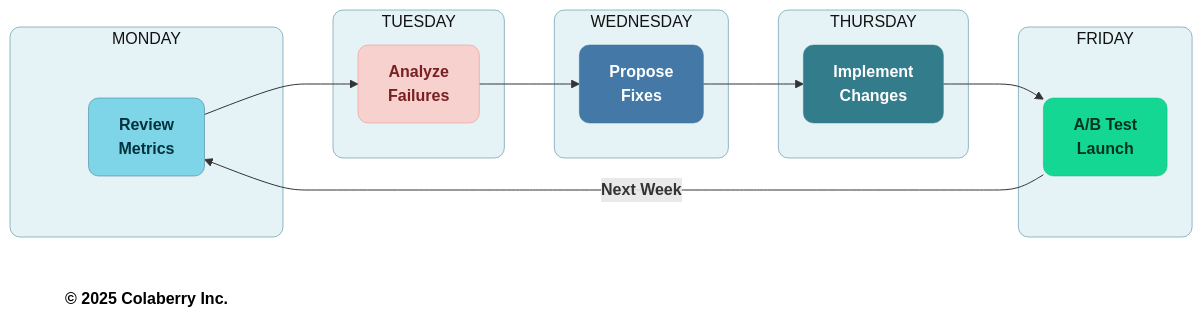
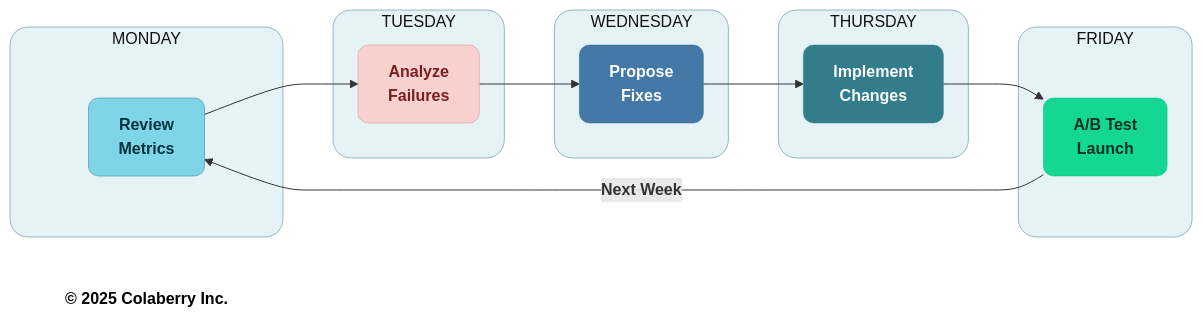
The fifth of 6 diagrams in manuscript/13_chapter_12_running_agents_at_scale_v1_2.md (saitejesh-cyber/trust-before-intelligence-book), drawn with Mermaid before and after one commit. The commit also changed other lines of this file and 12 other files, not shown here.

````diff
--- a/manuscript/13_chapter_12_running_agents_at_scale_v1_2.md
+++ b/manuscript/13_chapter_12_running_agents_at_scale_v1_2.md
@@ -935,39 +935,39 @@
 ```mermaid
 graph LR
     subgraph MON["MONDAY"]
         M["<b>Review<br/>Metrics</b>"]
     end
     
     subgraph TUE["TUESDAY"]
         T["<b>Analyze<br/>Failures</b>"]
     end
     
     subgraph WED["WEDNESDAY"]
         W["<b>Propose<br/>Fixes</b>"]
     end
     
     subgraph THU["THURSDAY"]
         H["<b>Implement<br/>Changes</b>"]
     end
     
     subgraph FRI["FRIDAY"]
         F["<b>A/B Test<br/>Launch</b>"]
     end
     
     M --> T --> W --> H --> F
     F -->|<b>Next Week</b>| M
 
     Copyright["<b>© 2025 Colaberry Inc.</b>"]
     
-    style MON fill:#E6F3F6,stroke:#32738C,stroke-width:0.5px,color:#121212,rx:10,ry:10
-    style TUE fill:#E6F3F6,stroke:#32738C,stroke-width:0.5px,color:#121212,rx:10,ry:10
-    style WED fill:#E6F3F6,stroke:#32738C,stroke-width:0.5px,color:#121212,rx:10,ry:10
-    style THU fill:#E6F3F6,stroke:#32738C,stroke-width:0.5px,color:#121212,rx:10,ry:10
-    style FRI fill:#E6F3F6,stroke:#32738C,stroke-width:0.5px,color:#121212,rx:10,ry:10
+    style MON fill:#E6F3F6,stroke:#32738C,stroke-width:0.5px,color:#121212,rx:18,ry:18
+    style TUE fill:#E6F3F6,stroke:#32738C,stroke-width:0.5px,color:#121212,rx:18,ry:18
+    style WED fill:#E6F3F6,stroke:#32738C,stroke-width:0.5px,color:#121212,rx:18,ry:18
+    style THU fill:#E6F3F6,stroke:#32738C,stroke-width:0.5px,color:#121212,rx:18,ry:18
+    style FRI fill:#E6F3F6,stroke:#32738C,stroke-width:0.5px,color:#121212,rx:18,ry:18
     style M fill:#7FD5E8,stroke:#32738C,stroke-width:0.5px,color:#00323D,rx:10,ry:10
     style T fill:#F6D1CE,stroke:#EB898B,stroke-width:0.5px,color:#7A1F22,rx:10,ry:10
     style W fill:#4478A6,stroke:#32738C,stroke-width:0.5px,color:#ffffff,rx:10,ry:10
     style H fill:#327C8C,stroke:#30838C,stroke-width:0.5px,color:#ffffff,rx:10,ry:10
     style F fill:#14D793,stroke:#0FB67D,stroke-width:0.5px,color:#003322,rx:10,ry:10
     style Copyright fill:none,stroke:none,color:#000000
 ```
````
